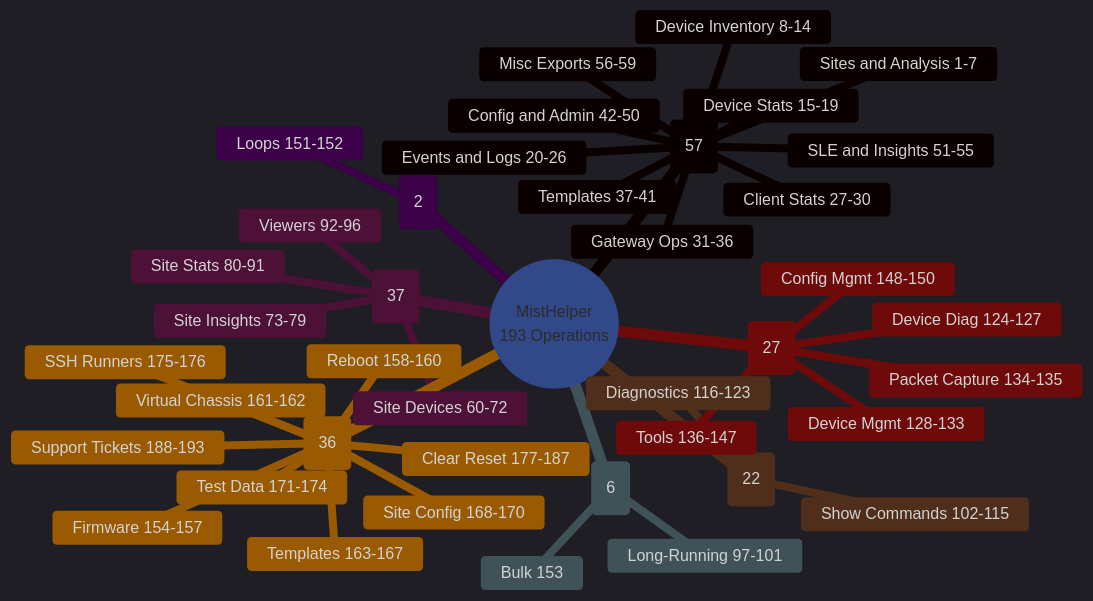
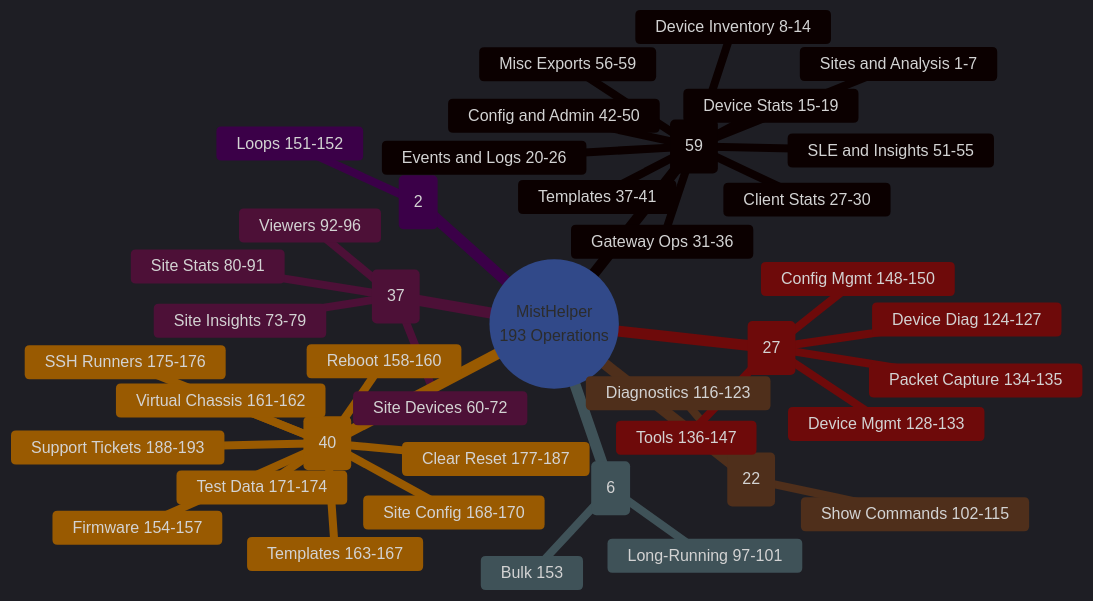
The second of 2 diagrams in README.md (jmorrison-juniper/MistHelper), drawn with Mermaid before and after one commit. The commit also changed 5 other files, not shown here.

````diff
--- a/README.md
+++ b/README.md
@@ -96,54 +96,54 @@
 ```mermaid
 %%{init: {'theme': 'dark', 'themeVariables': {
   'primaryColor': '#E20074',
   'primaryTextColor': '#E0E0E0',
   'primaryBorderColor': '#99004D',
   'lineColor': '#FF4DA6',
   'secondaryColor': '#16213E',
   'tertiaryColor': '#1A1A2E',
   'fontFamily': 'ui-monospace, monospace'
 }}}%%
 mindmap
    root((MistHelper<br/>193 Operations))
-    Safe Org Exports (57)
+    Safe Org Exports (59)
       Sites and Analysis 1-7
       Device Inventory 8-14
       Device Stats 15-19
       Events and Logs 20-26
       Client Stats 27-30
       Gateway Ops 31-36
       Templates 37-41
       Config and Admin 42-50
       SLE and Insights 51-55
       Misc Exports 56-59
     Interactive Safe (37)
       Site Devices 60-72
       Site Insights 73-79
       Site Stats 80-91
       Viewers 92-96
     Resource Intensive (6)
       Long-Running 97-101
       Bulk 153
     WebSocket (22)
       Show Commands 102-115
       Diagnostics 116-123
     Interactive (27)
       Device Diag 124-127
       Device Mgmt 128-133
       Packet Capture 134-135
       Tools 136-147
       Config Mgmt 148-150
     Continuous (2)
       Loops 151-152
-    Destructive (36)
+    Destructive (40)
       ::icon(fa fa-warning)
       Firmware 154-157
       Reboot 158-160
       Virtual Chassis 161-162
       Templates 163-167
       Site Config 168-170
       Test Data 171-174
       SSH Runners 175-176
       Clear Reset 177-187
       Support Tickets 188-193
 ```
````
